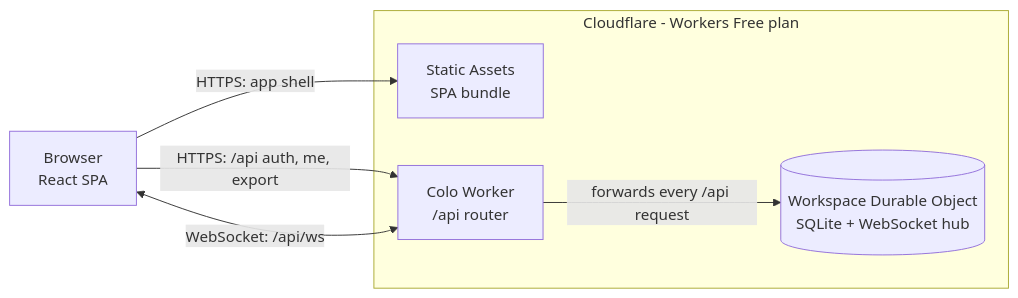
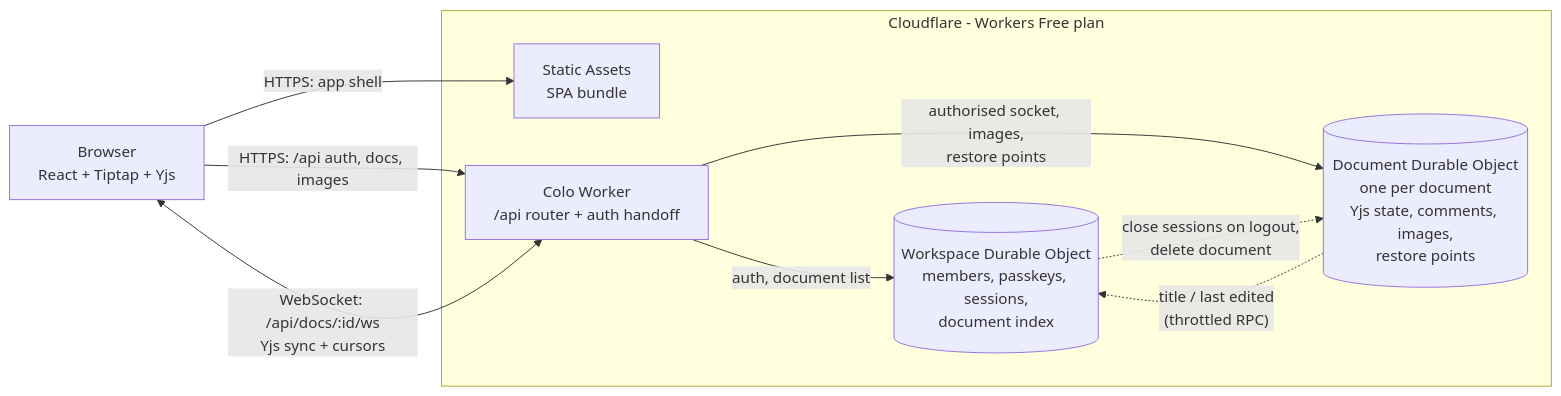
The diagram in docs/colo-plan.md (manan-vala/colo), drawn with Mermaid before and after one commit. The commit also changed other lines of this file and 2 other files, not shown here.

First line of the commit message:
docs: plan v4 collaborative document editor (ADR 0003)

````diff
--- a/docs/colo-plan.md
+++ b/docs/colo-plan.md
@@ -63,15 +65,19 @@
 ```mermaid
 flowchart LR
-    U["Browser<br/>React SPA"]
+    U["Browser<br/>React + Tiptap + Yjs"]
 
     subgraph cf["Cloudflare - Workers Free plan"]
         SA["Static Assets<br/>SPA bundle"]
-        W["Colo Worker<br/>/api router"]
-        DO[("Workspace Durable Object<br/>SQLite + WebSocket hub")]
+        W["Colo Worker<br/>/api router + auth handoff"]
+        WS[("Workspace Durable Object<br/>members, passkeys, sessions,<br/>document index")]
+        D1[("Document Durable Object<br/>one per document<br/>Yjs state, comments, images,<br/>restore points")]
     end
 
     U -->|"HTTPS: app shell"| SA
-    U -->|"HTTPS: /api auth, me, export"| W
-    U <-->|"WebSocket: /api/ws"| W
-    W -->|"forwards every /api request"| DO
+    U -->|"HTTPS: /api auth, docs, images"| W
+    U <-->|"WebSocket: /api/docs/:id/ws<br/>Yjs sync + cursors"| W
+    W -->|"auth, document list"| WS
+    W -->|"authorised socket, images,<br/>restore points"| D1
+    D1 -.->|"title / last edited<br/>(throttled RPC)"| WS
+    WS -.->|"close sessions on logout,<br/>delete document"| D1
 ```
````
